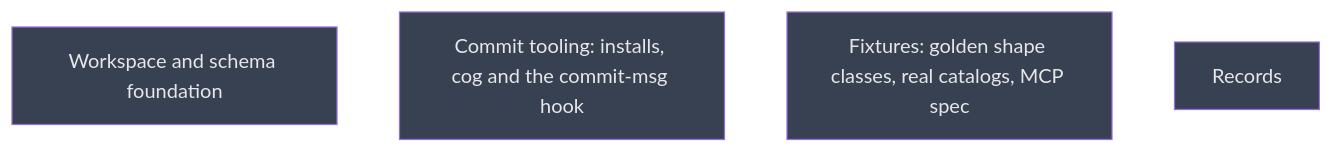
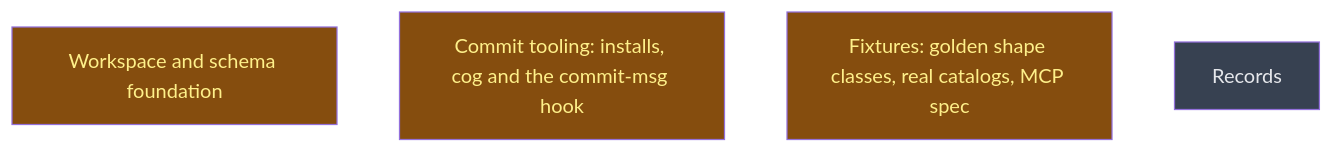
One commit to CrackingShells/Candler changed the diagram in __roadmap__/wire-schemas/README.md. Above: the diagram before and after it, drawn with Mermaid. The commit also changed other lines of this file and 3 other files, not shown here.

First line of the commit message:
rdm(schemas): start the first level of the wire-schemas campaign

````diff
--- a/__roadmap__/wire-schemas/README.md
+++ b/__roadmap__/wire-schemas/README.md
@@ -42,12 +42,12 @@
 ```mermaid
 graph TD
-    workspace[Workspace and schema foundation]:::planned
-    commit_tooling[Commit tooling: installs, cog and the commit-msg hook]:::planned
-    fixtures[Fixtures: golden shape classes, real catalogs, MCP spec]:::planned
+    workspace[Workspace and schema foundation]:::inprogress
+    commit_tooling[Commit tooling: installs, cog and the commit-msg hook]:::inprogress
+    fixtures[Fixtures: golden shape classes, real catalogs, MCP spec]:::inprogress
     records[Records]:::planned
     classDef done       fill:#166534,color:#bbf7d0
     classDef inprogress fill:#854d0e,color:#fef08a
     classDef planned    fill:#374151,color:#e5e7eb
     classDef amendment  fill:#1e3a5f,color:#bfdbfe
     classDef blocked    fill:#7f1d1d,color:#fecaca
 ```
````
